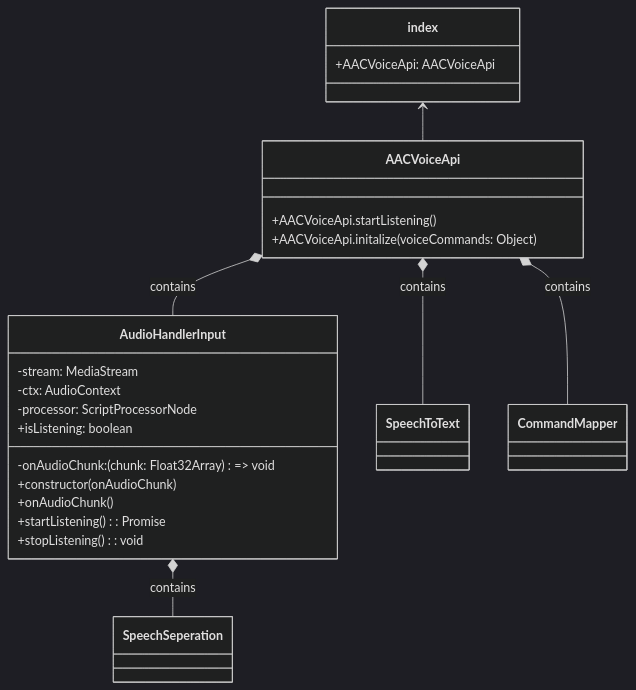
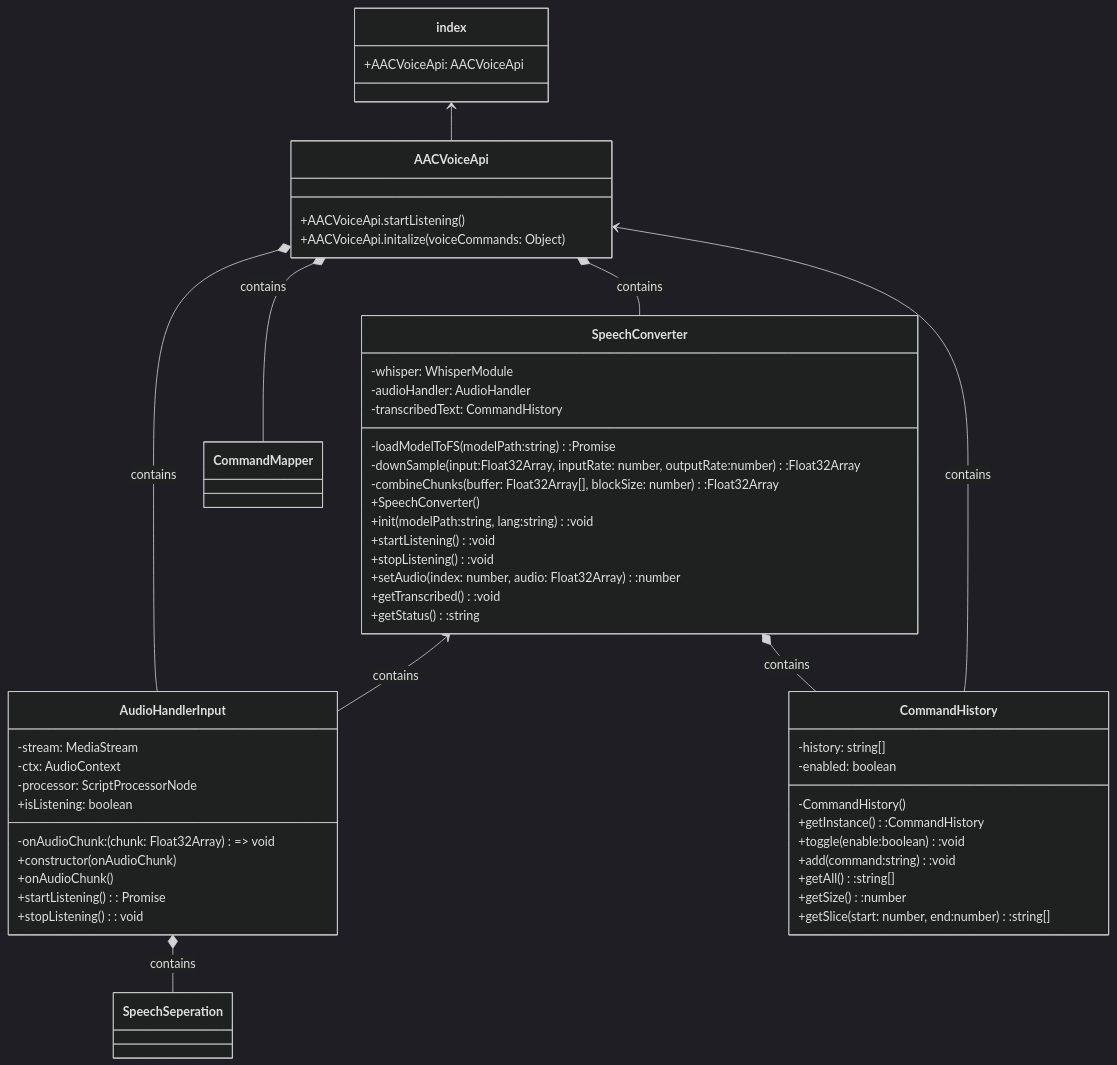
Before and after one commit to Capstone-Projects-2025-Fall/project-001-aac-api: the diagram in documentation/docs/system-architecture/class-diagram.md, drawn with Mermaid (dark theme).

Commit message:
updated class diagram to be more accurate

````diff
--- a/documentation/docs/system-architecture/class-diagram.md
+++ b/documentation/docs/system-architecture/class-diagram.md
@@ -9,42 +9,71 @@
 ```mermaid
 classDiagram
 
     class index {
         +AACVoiceApi: AACVoiceApi
     }
 
     class AACVoiceApi {
         +AACVoiceApi.startListening()
         +AACVoiceApi.initalize(voiceCommands: Object)
     }
 
     class AudioHandlerInput {
         -stream: MediaStream
         -ctx: AudioContext
         -processor: ScriptProcessorNode
         +isListening: boolean
         -onAudioChunk: (chunk: Float32Array) => void
         +constructor(onAudioChunk)
         +onAudioChunk() 
         +startListening(): Promise<void>
         +stopListening(): void
     }
 
-    class SpeechToText {
-        
+    class SpeechConverter {
+        -whisper: WhisperModule
+        -audioHandler: AudioHandler
+        -transcribedText: CommandHistory
+        -loadModelToFS(modelPath:string):Promise<string>
+        -downSample(input:Float32Array, inputRate: number, outputRate:number):Float32Array
+        -combineChunks(buffer: Float32Array[], blockSize: number):Float32Array
+        +SpeechConverter()
+        +init(modelPath:string, lang:string):void
+        +startListening():void
+        +stopListening():void
+        +setAudio(index: number, audio: Float32Array):number
+        +getTranscribed():void
+        +getStatus():string
+
+    }
+    class CommandHistory{
+        -history: string[]
+        -enabled: boolean
+        -CommandHistory()
+        +getInstance():CommandHistory
+        +toggle(enable:boolean):void
+        +add(command:string):void
+        +getAll():string[]
+        +getSize():number
+        +getSlice(start: number, end:number):string[]
+
+
     }
 
     class CommandMapper {
        
     }
 
     class SpeechSeperation {
        
     }
 
     AACVoiceApi *-- AudioHandlerInput : contains
-    AACVoiceApi *-- SpeechToText : contains
+    AACVoiceApi *-- SpeechConverter : contains
     AACVoiceApi *-- CommandMapper : contains
     index        <--  AACVoiceApi
     AudioHandlerInput *-- SpeechSeperation : contains
+    SpeechConverter *-- CommandHistory: contains
+    AACVoiceApi <-- CommandHistory: contains
+    SpeechConverter <-- AudioHandlerInput: contains
 ```
````
